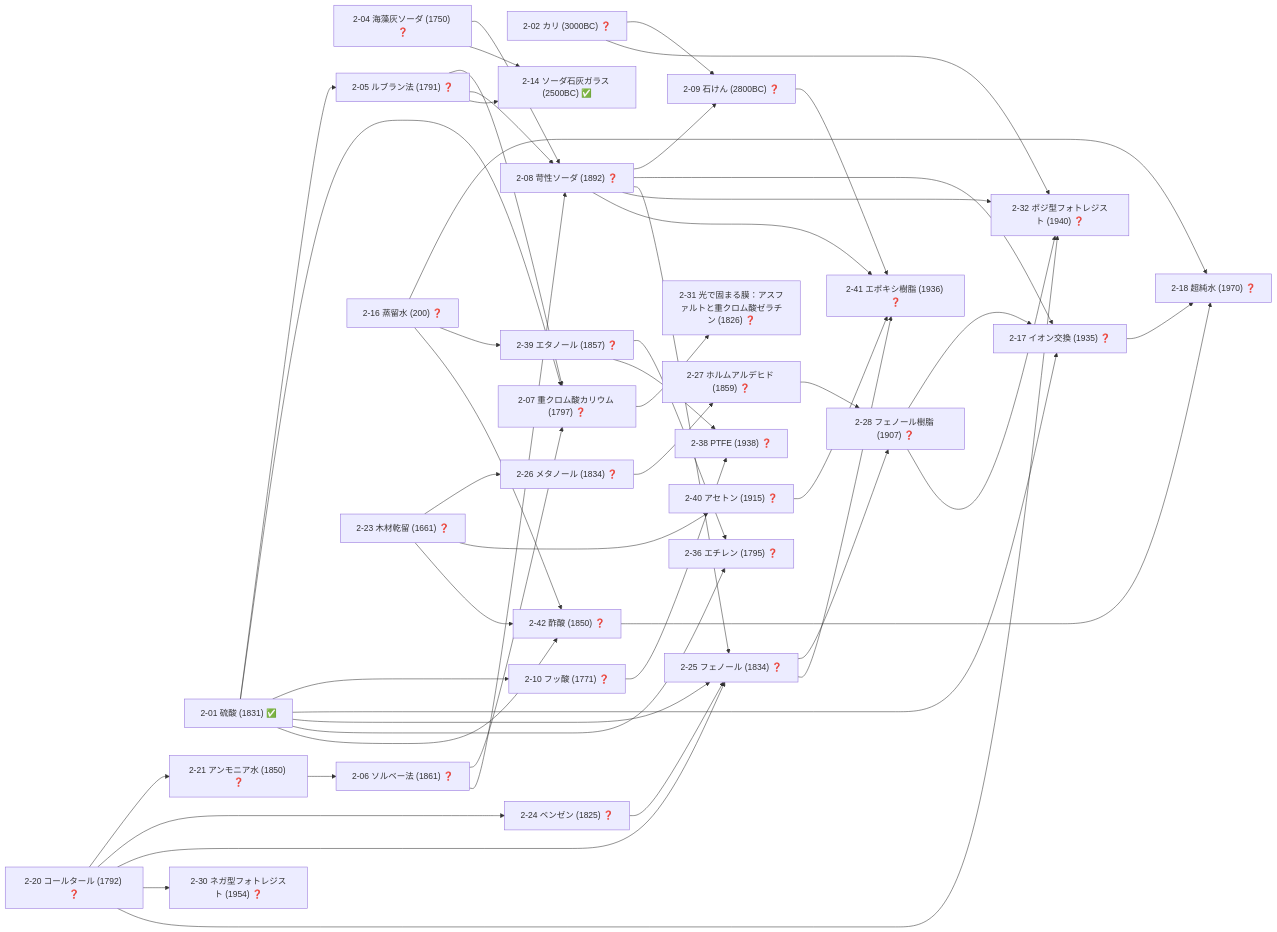
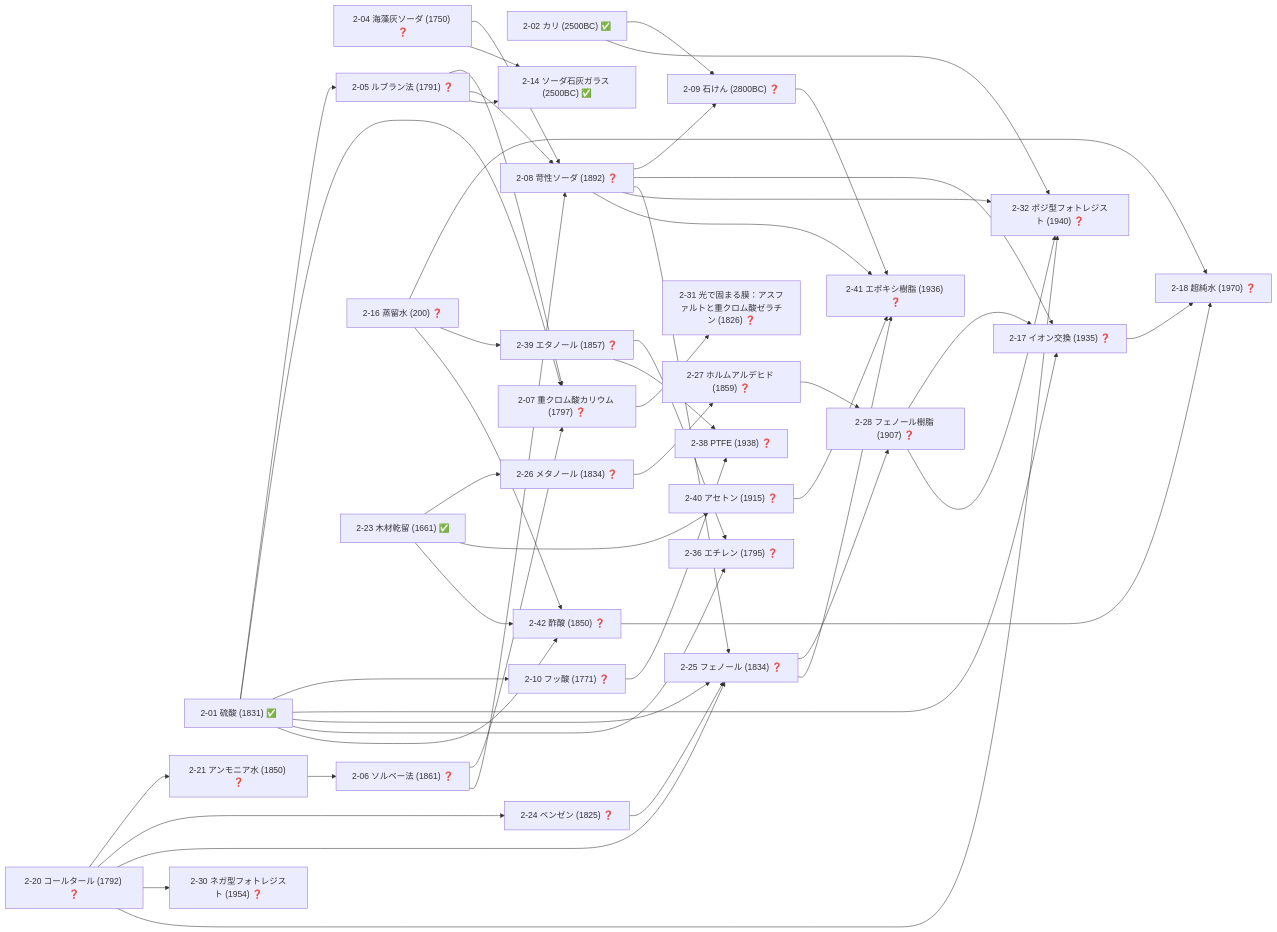
The fifth of 19 diagrams in docs/TECH_TREE_VIEW.md (taku3i0317-collab/semiconductor-lab), drawn with Mermaid before and after one commit. The commit also changed other lines of this file and 32 other files, not shown here.

````diff
--- a/docs/TECH_TREE_VIEW.md
+++ b/docs/TECH_TREE_VIEW.md
@@ -237,81 +237,81 @@
 ```mermaid
 graph LR
   n2_01["2-01 硫酸 (1831) ✅"]
-  n2_02["2-02 カリ (3000BC) ❓"]
+  n2_02["2-02 カリ (2500BC) ✅"]
   n2_04["2-04 海藻灰ソーダ (1750) ❓"]
   n2_05["2-05 ルブラン法 (1791) ❓"]
   n2_06["2-06 ソルベー法 (1861) ❓"]
   n2_07["2-07 重クロム酸カリウム (1797) ❓"]
   n2_08["2-08 苛性ソーダ (1892) ❓"]
   n2_09["2-09 石けん (2800BC) ❓"]
   n2_10["2-10 フッ酸 (1771) ❓"]
   n2_14["2-14 ソーダ石灰ガラス (2500BC) ✅"]
   n2_16["2-16 蒸留水 (200) ❓"]
   n2_17["2-17 イオン交換 (1935) ❓"]
   n2_18["2-18 超純水 (1970) ❓"]
   n2_20["2-20 コールタール (1792) ❓"]
   n2_21["2-21 アンモニア水 (1850) ❓"]
-  n2_23["2-23 木材乾留 (1661) ❓"]
+  n2_23["2-23 木材乾留 (1661) ✅"]
   n2_24["2-24 ベンゼン (1825) ❓"]
   n2_25["2-25 フェノール (1834) ❓"]
   n2_26["2-26 メタノール (1834) ❓"]
   n2_27["2-27 ホルムアルデヒド (1859) ❓"]
   n2_28["2-28 フェノール樹脂 (1907) ❓"]
   n2_30["2-30 ネガ型フォトレジスト (1954) ❓"]
   n2_31["2-31 光で固まる膜：アスファルトと重クロム酸ゼラチン (1826) ❓"]
   n2_32["2-32 ポジ型フォトレジスト (1940) ❓"]
   n2_36["2-36 エチレン (1795) ❓"]
   n2_38["2-38 PTFE (1938) ❓"]
   n2_39["2-39 エタノール (1857) ❓"]
   n2_40["2-40 アセトン (1915) ❓"]
   n2_41["2-41 エポキシ樹脂 (1936) ❓"]
   n2_42["2-42 酢酸 (1850) ❓"]
   n2_01-->n2_05
   n2_21-->n2_06
   n2_01-->n2_07
   n2_05-->n2_07
   n2_06-->n2_07
   n2_04-->n2_08
   n2_05-->n2_08
   n2_06-->n2_08
   n2_02-->n2_09
   n2_08-->n2_09
   n2_01-->n2_10
   n2_04-->n2_14
   n2_05-->n2_14
   n2_01-->n2_17
   n2_08-->n2_17
   n2_28-->n2_17
   n2_16-->n2_18
   n2_17-->n2_18
   n2_42-->n2_18
   n2_20-->n2_21
   n2_20-->n2_24
   n2_01-->n2_25
   n2_08-->n2_25
   n2_20-->n2_25
   n2_24-->n2_25
   n2_23-->n2_26
   n2_26-->n2_27
   n2_25-->n2_28
   n2_27-->n2_28
   n2_20-->n2_30
   n2_07-->n2_31
   n2_02-->n2_32
   n2_08-->n2_32
   n2_20-->n2_32
   n2_28-->n2_32
   n2_01-->n2_36
   n2_39-->n2_36
   n2_10-->n2_38
   n2_39-->n2_38
   n2_16-->n2_39
   n2_23-->n2_40
   n2_08-->n2_41
   n2_09-->n2_41
   n2_25-->n2_41
   n2_40-->n2_41
   n2_01-->n2_42
   n2_16-->n2_42
   n2_23-->n2_42
 ```
````
